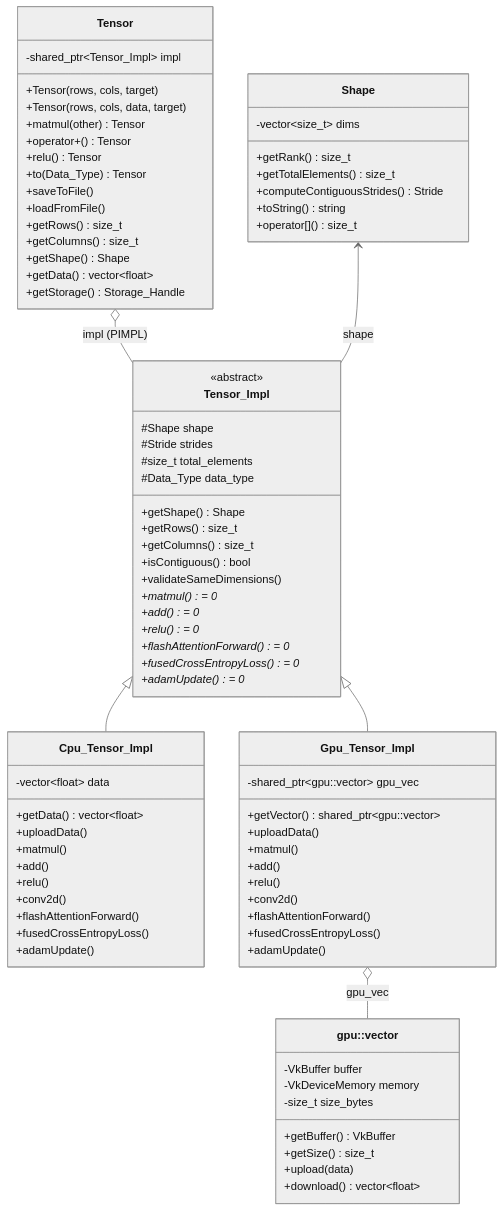
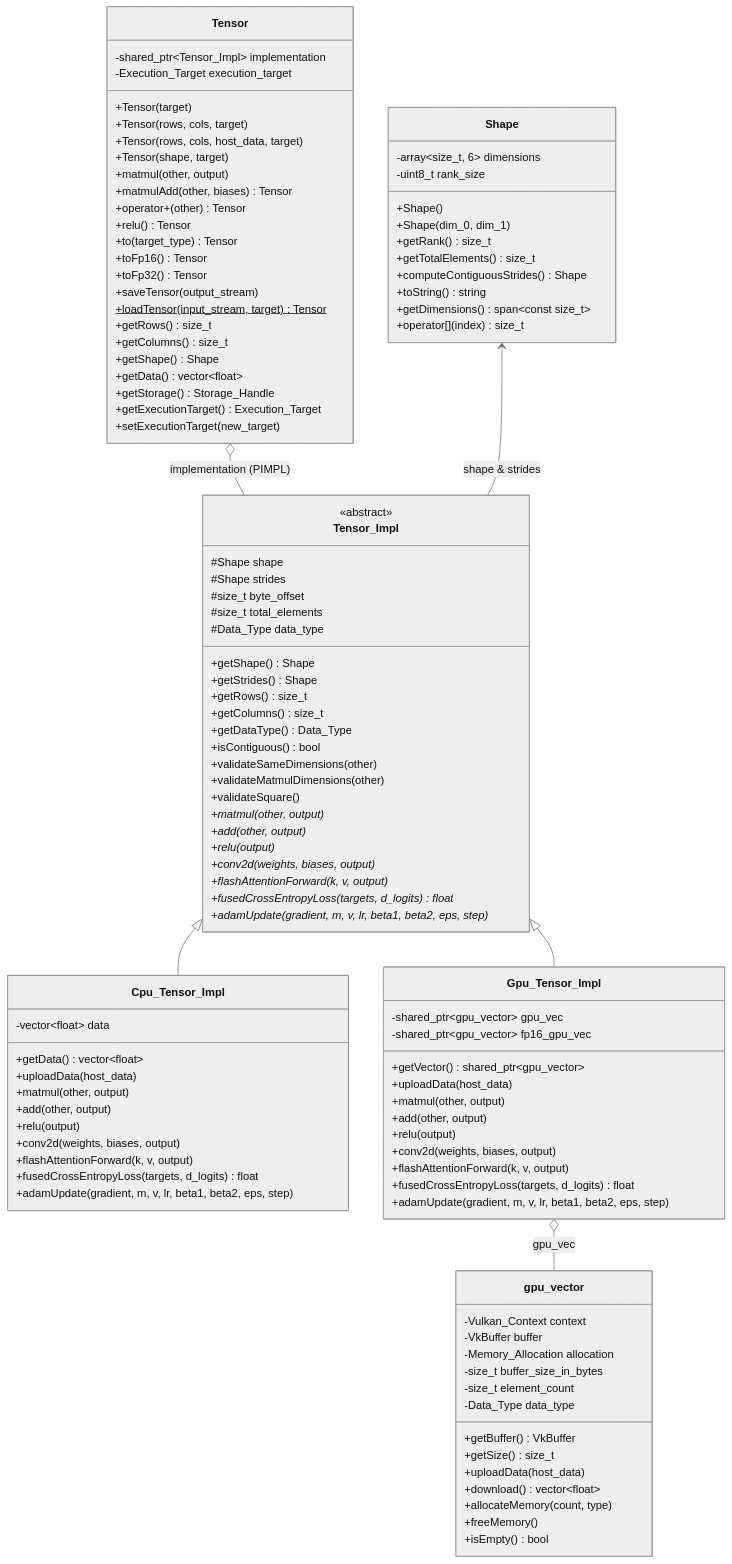
The second of 11 diagrams in architechture.md (HungVQ1991/VulkanML), drawn with Mermaid (neutral theme) before and after one commit. The commit also changed other lines of this file, not shown here.

Commit message:
fix architecture

````diff
--- a/architechture.md
+++ b/architechture.md
@@ -90,89 +90,114 @@
 ```mermaid
 classDiagram
     class Shape {
-        -vector~size_t~ dims
+        -array~size_t, 6~ dimensions
+        -uint8_t rank_size
+        +Shape()
+        +Shape(dim_0, dim_1)
         +getRank() size_t
         +getTotalElements() size_t
-        +computeContiguousStrides() Stride
+        +computeContiguousStrides() Shape
         +toString() string
-        +operator[]() size_t
+        +getDimensions() span~const size_t~
+        +operator[](index) size_t
     }
 
     class Tensor_Impl {
         <<abstract>>
         #Shape shape
-        #Stride strides
+        #Shape strides
+        #size_t byte_offset
         #size_t total_elements
         #Data_Type data_type
         +getShape() Shape
+        +getStrides() Shape
         +getRows() size_t
         +getColumns() size_t
+        +getDataType() Data_Type
         +isContiguous() bool
-        +validateSameDimensions()
-        +matmul()* = 0
-        +add()* = 0
-        +relu()* = 0
-        +flashAttentionForward()* = 0
-        +fusedCrossEntropyLoss()* = 0
-        +adamUpdate()* = 0
+        +validateSameDimensions(other)
+        +validateMatmulDimensions(other)
+        +validateSquare()
+        +matmul(other, output)*
+        +add(other, output)*
+        +relu(output)*
+        +conv2d(weights, biases, output)*
+        +flashAttentionForward(k, v, output)*
+        +fusedCrossEntropyLoss(targets, d_logits)* float
+        +adamUpdate(gradient, m, v, lr, beta1, beta2, eps, step)*
     }
 
     class Cpu_Tensor_Impl {
         -vector~float~ data
         +getData() vector~float~
-        +uploadData()
-        +matmul()
-        +add()
-        +relu()
-        +conv2d()
-        +flashAttentionForward()
-        +fusedCrossEntropyLoss()
-        +adamUpdate()
+        +uploadData(host_data)
+        +matmul(other, output)
+        +add(other, output)
+        +relu(output)
+        +conv2d(weights, biases, output)
+        +flashAttentionForward(k, v, output)
+        +fusedCrossEntropyLoss(targets, d_logits) float
+        +adamUpdate(gradient, m, v, lr, beta1, beta2, eps, step)
     }
 
     class Gpu_Tensor_Impl {
-        -shared_ptr~gpu::vector~ gpu_vec
-        +getVector() shared_ptr~gpu::vector~
-        +uploadData()
-        +matmul()
-        +add()
-        +relu()
-        +conv2d()
-        +flashAttentionForward()
-        +fusedCrossEntropyLoss()
-        +adamUpdate()
+        -shared_ptr~gpu_vector~ gpu_vec
+        -shared_ptr~gpu_vector~ fp16_gpu_vec
+        +getVector() shared_ptr~gpu_vector~
+        +uploadData(host_data)
+        +matmul(other, output)
+        +add(other, output)
+        +relu(output)
+        +conv2d(weights, biases, output)
+        +flashAttentionForward(k, v, output)
+        +fusedCrossEntropyLoss(targets, d_logits) float
+        +adamUpdate(gradient, m, v, lr, beta1, beta2, eps, step)
     }
 
     class Tensor {
-        -shared_ptr~Tensor_Impl~ impl
+        -shared_ptr~Tensor_Impl~ implementation
+        -Execution_Target execution_target
+        +Tensor(target)
         +Tensor(rows, cols, target)
-        +Tensor(rows, cols, data, target)
-        +matmul(other) Tensor
-        +operator+() Tensor
+        +Tensor(rows, cols, host_data, target)
+        +Tensor(shape, target)
+        +matmul(other, output)
+        +matmulAdd(other, biases) Tensor
+        +operator+(other) Tensor
         +relu() Tensor
-        +to(Data_Type) Tensor
-        +saveToFile()
-        +loadFromFile()
+        +to(target_type) Tensor
+        +toFp16() Tensor
+        +toFp32() Tensor
+        +saveTensor(output_stream)
+        +loadTensor(input_stream, target)$ Tensor
         +getRows() size_t
         +getColumns() size_t
         +getShape() Shape
         +getData() vector~float~
         +getStorage() Storage_Handle
+        +getExecutionTarget() Execution_Target
+        +setExecutionTarget(new_target)
     }
 
-    class gpu_vector["gpu::vector"] {
+    class gpu_vector {
+        -Vulkan_Context context
         -VkBuffer buffer
-        -VkDeviceMemory memory
-        -size_t size_bytes
+        -Memory_Allocation allocation
+        -size_t buffer_size_in_bytes
+        -size_t element_count
+        -Data_Type data_type
         +getBuffer() VkBuffer
         +getSize() size_t
-        +upload(data)
+        +uploadData(host_data)
         +download() vector~float~
+        +allocateMemory(count, type)
+        +freeMemory()
+        +isEmpty() bool
     }
 
     Tensor_Impl <|-- Cpu_Tensor_Impl
     Tensor_Impl <|-- Gpu_Tensor_Impl
-    Tensor o-- Tensor_Impl : impl (PIMPL)
+    Tensor o-- Tensor_Impl : implementation (PIMPL)
     Gpu_Tensor_Impl o-- gpu_vector : gpu_vec
-    Shape <-- Tensor_Impl : shape
+    Shape <-- Tensor_Impl : shape & strides
 ```
````
